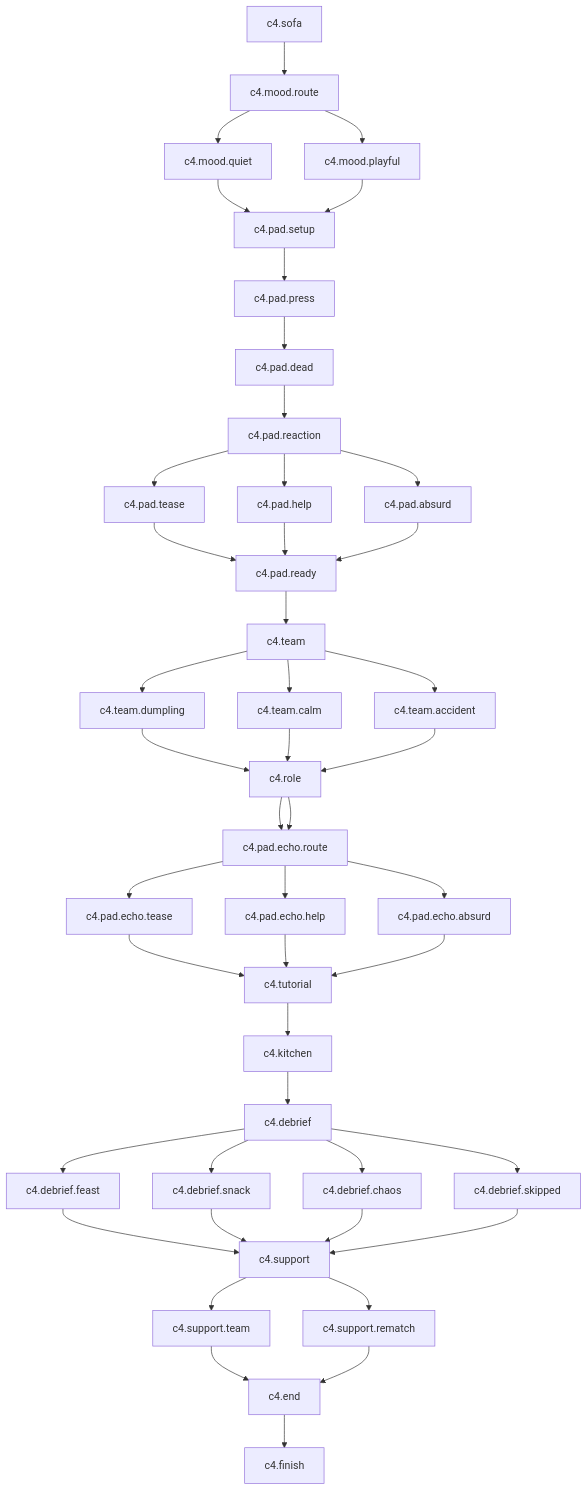
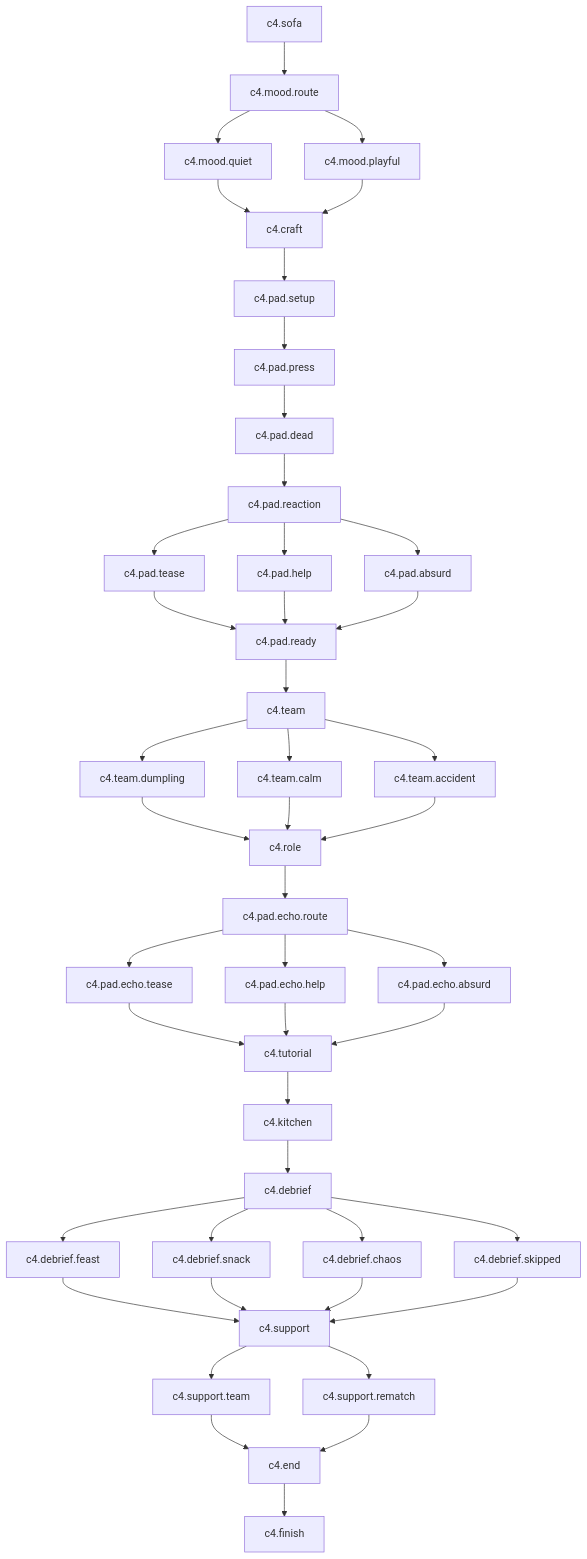
Before and after one commit to vlad28x/our-little-story: the diagram in outputs/CHAPTER_04_SCRIPT.md, drawn with Mermaid. The commit also changed other lines of this file and 97 other files, not shown here.

````diff
--- a/outputs/CHAPTER_04_SCRIPT.md
+++ b/outputs/CHAPTER_04_SCRIPT.md
@@ -7,80 +7,81 @@
 ```mermaid
 flowchart TD
   c4.sofa
   c4.sofa --> c4.mood.route
   c4.mood.route
   c4.mood.route --> c4.mood.quiet
   c4.mood.route --> c4.mood.playful
   c4.mood.quiet
-  c4.mood.quiet --> c4.pad.setup
+  c4.mood.quiet --> c4.craft
   c4.mood.playful
-  c4.mood.playful --> c4.pad.setup
+  c4.mood.playful --> c4.craft
+  c4.craft
+  c4.craft --> c4.pad.setup
   c4.pad.setup
   c4.pad.setup --> c4.pad.press
   c4.pad.press
   c4.pad.press --> c4.pad.dead
   c4.pad.dead
   c4.pad.dead --> c4.pad.reaction
   c4.pad.reaction
   c4.pad.reaction --> c4.pad.tease
   c4.pad.reaction --> c4.pad.help
   c4.pad.reaction --> c4.pad.absurd
   c4.pad.tease
   c4.pad.tease --> c4.pad.ready
   c4.pad.help
   c4.pad.help --> c4.pad.ready
   c4.pad.absurd
   c4.pad.absurd --> c4.pad.ready
   c4.pad.ready
   c4.pad.ready --> c4.team
   c4.team
   c4.team --> c4.team.dumpling
   c4.team --> c4.team.calm
   c4.team --> c4.team.accident
   c4.team.dumpling
   c4.team.dumpling --> c4.role
   c4.team.calm
   c4.team.calm --> c4.role
   c4.team.accident
   c4.team.accident --> c4.role
   c4.role
-  c4.role --> c4.pad.echo.route
   c4.role --> c4.pad.echo.route
   c4.pad.echo.route
   c4.pad.echo.route --> c4.pad.echo.tease
   c4.pad.echo.route --> c4.pad.echo.help
   c4.pad.echo.route --> c4.pad.echo.absurd
   c4.pad.echo.tease
   c4.pad.echo.tease --> c4.tutorial
   c4.pad.echo.help
   c4.pad.echo.help --> c4.tutorial
   c4.pad.echo.absurd
   c4.pad.echo.absurd --> c4.tutorial
   c4.tutorial
   c4.tutorial --> c4.kitchen
   c4.kitchen
   c4.kitchen --> c4.debrief
   c4.debrief
   c4.debrief --> c4.debrief.feast
   c4.debrief --> c4.debrief.snack
   c4.debrief --> c4.debrief.chaos
   c4.debrief --> c4.debrief.skipped
   c4.debrief.feast
   c4.debrief.feast --> c4.support
   c4.debrief.snack
   c4.debrief.snack --> c4.support
   c4.debrief.chaos
   c4.debrief.chaos --> c4.support
   c4.debrief.skipped
   c4.debrief.skipped --> c4.support
   c4.support
   c4.support --> c4.support.team
   c4.support --> c4.support.rematch
   c4.support.team
   c4.support.team --> c4.end
   c4.support.rematch
   c4.support.rematch --> c4.end
   c4.end
   c4.end --> c4.finish
   c4.finish
 ```
````
